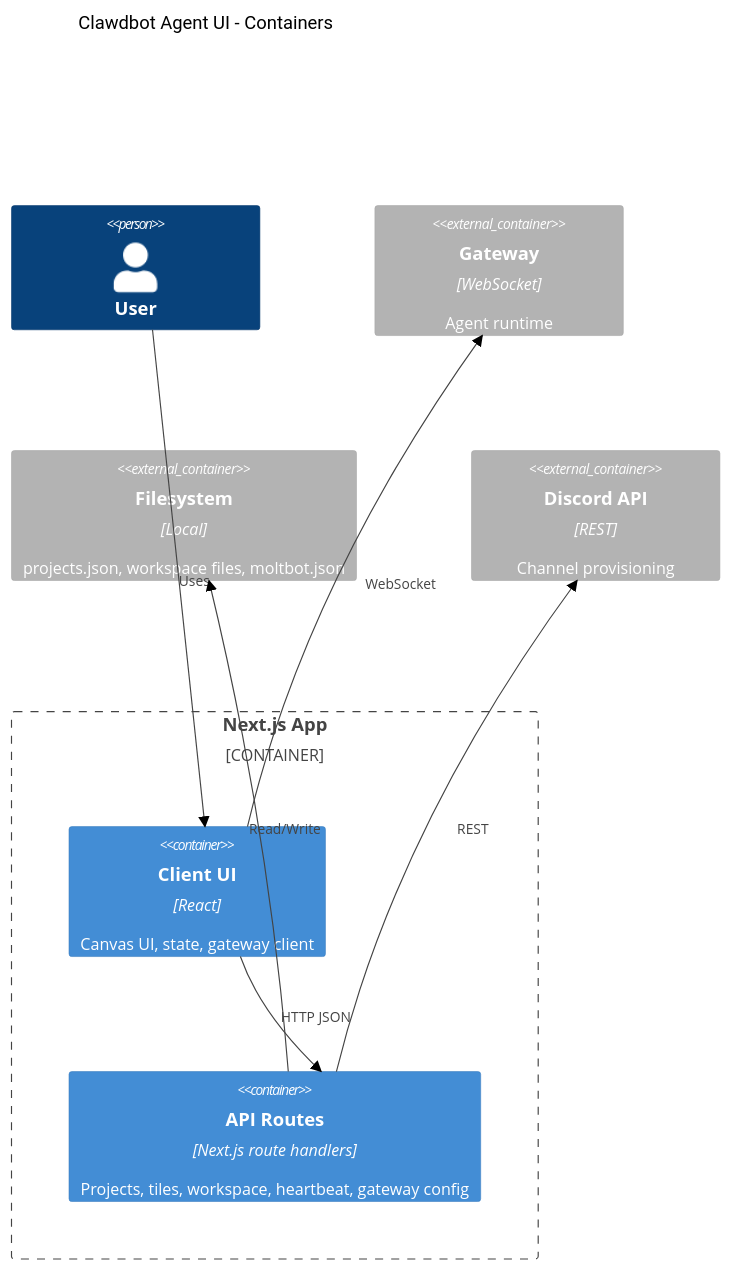
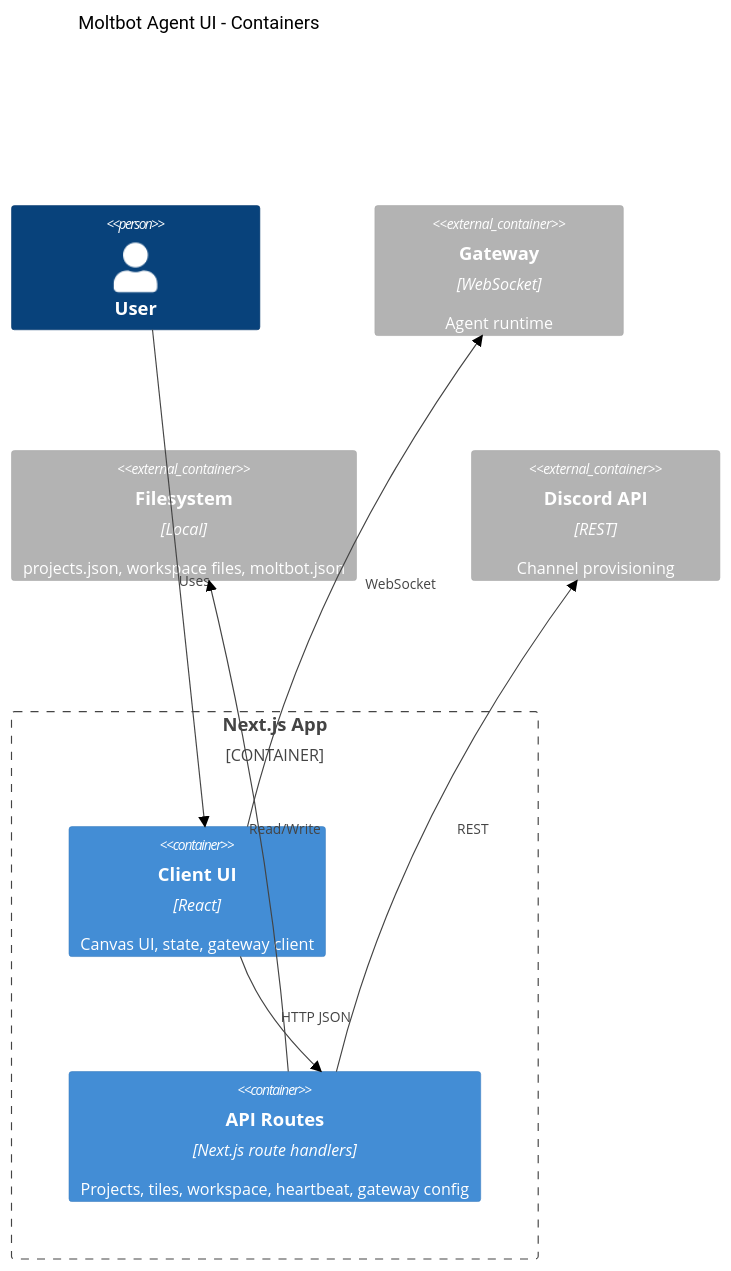
Before and after one commit to MichelCaini/openclaw-studio: the second of 2 diagrams in ARCHITECTURE.md, drawn with Mermaid (forest theme). The commit also changed other lines of this file and 5 other files, not shown here.

Commit message:
Update documentation to reflect the transition from Clawdbot to Moltbot, including changes in agent management, installation instructions, and configuration paths. Add issue and pull request templates for improved contribution guidelines.

````diff
--- a/ARCHITECTURE.md
+++ b/ARCHITECTURE.md
@@ -118,20 +118,20 @@
 ```mermaid
 C4Container
-  title Clawdbot Agent UI - Containers
+  title Moltbot Agent UI - Containers
   Person(user, "User")
 
   Container_Boundary(app, "Next.js App") {
     Container(client, "Client UI", "React", "Canvas UI, state, gateway client")
     Container(api, "API Routes", "Next.js route handlers", "Projects, tiles, workspace, heartbeat, gateway config")
   }
 
   Container_Ext(gateway, "Gateway", "WebSocket", "Agent runtime")
   Container_Ext(fs, "Filesystem", "Local", "projects.json, workspace files, moltbot.json")
   Container_Ext(discord, "Discord API", "REST", "Channel provisioning")
 
   Rel(user, client, "Uses")
   Rel(client, api, "HTTP JSON")
   Rel(client, gateway, "WebSocket")
   Rel(api, fs, "Read/Write")
   Rel(api, discord, "REST")
 ```
````
